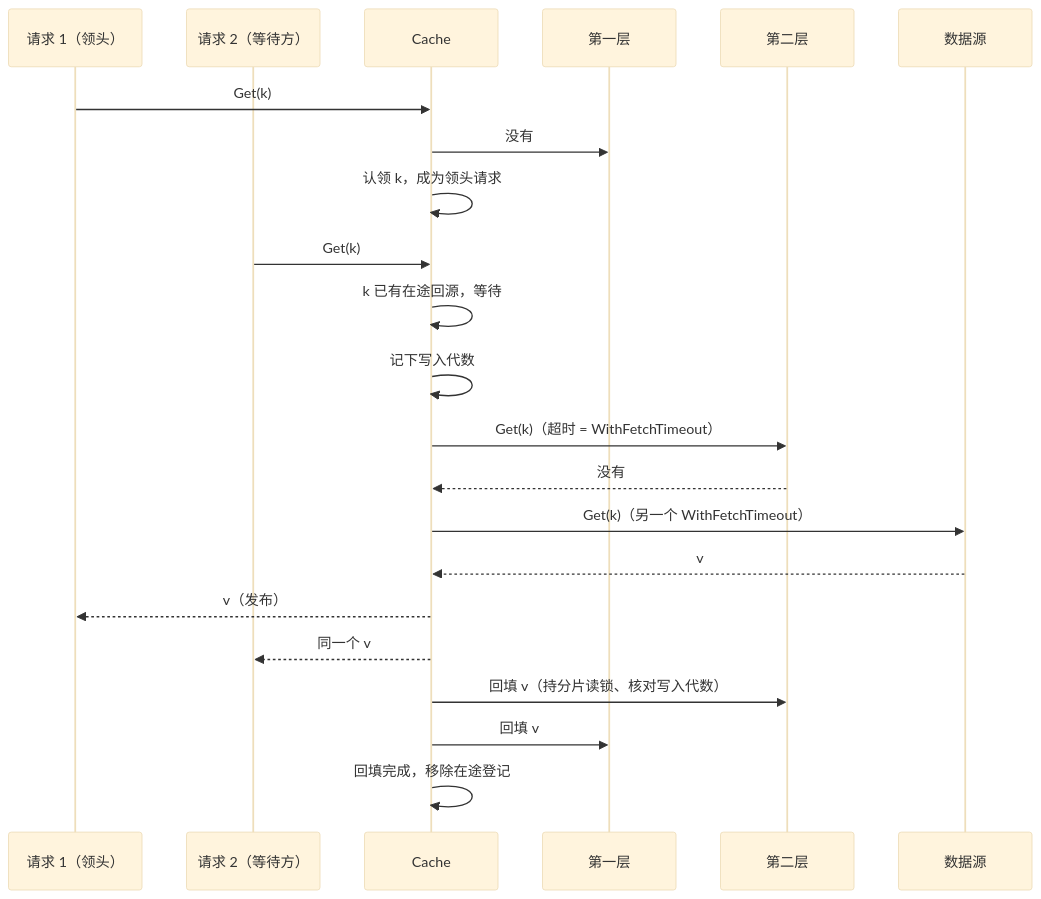
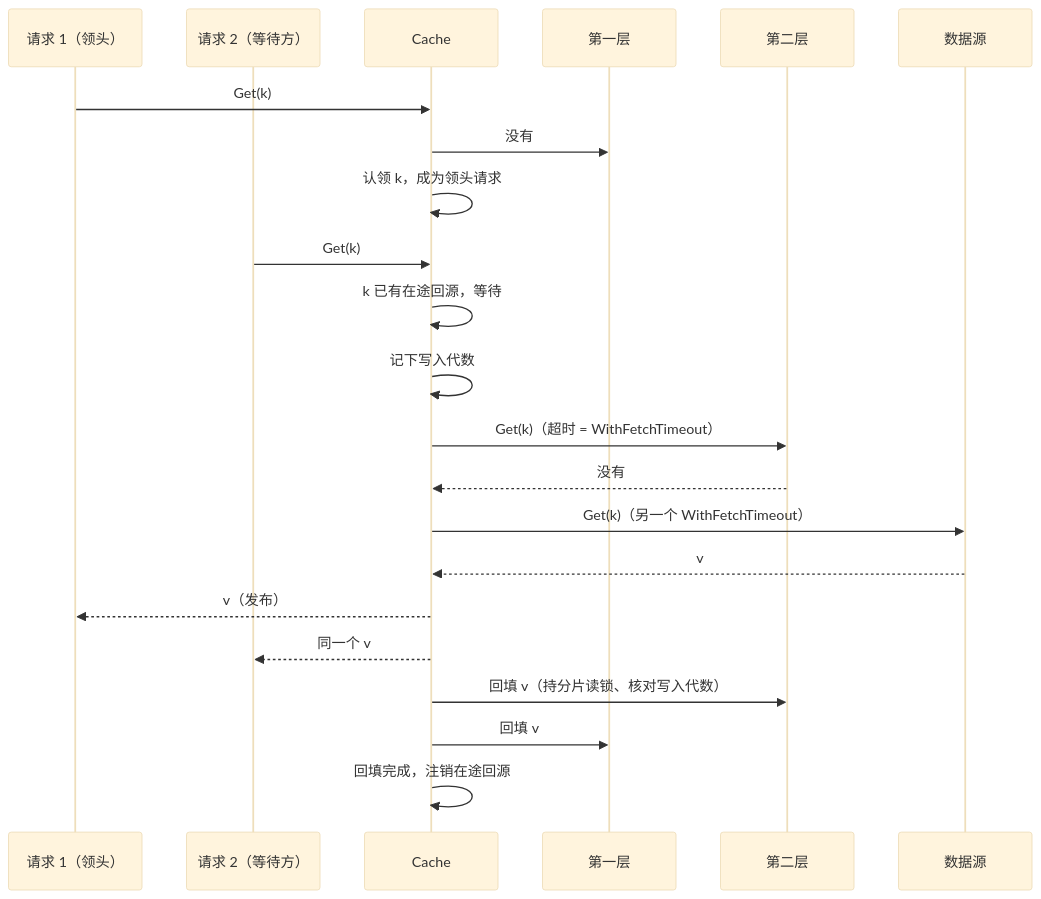
The fourth of 4 diagrams in docs/design/read-path.md (theplant/cachex), drawn with Mermaid (base theme) before and after one commit. The commit also changed other lines of this file and 7 other files, not shown here.

````diff
--- a/docs/design/read-path.md
+++ b/docs/design/read-path.md
@@ -160,24 +160,24 @@
 ```mermaid
 sequenceDiagram
     participant C1 as 请求 1（领头）
     participant C2 as 请求 2（等待方）
     participant K as Cache
     participant L0 as 第一层
     participant L1 as 第二层
     participant S as 数据源
     C1->>K: Get(k)
     K->>L0: 没有
     K->>K: 认领 k，成为领头请求
     C2->>K: Get(k)
     K->>K: k 已有在途回源，等待
     K->>K: 记下写入代数
     K->>L1: Get(k)（超时 = WithFetchTimeout）
     L1-->>K: 没有
     K->>S: Get(k)（另一个 WithFetchTimeout）
     S-->>K: v
     K-->>C1: v（发布）
     K-->>C2: 同一个 v
     K->>L1: 回填 v（持分片读锁、核对写入代数）
     K->>L0: 回填 v
-    K->>K: 回填完成，移除在途登记
+    K->>K: 回填完成，注销在途回源
 ```
````
